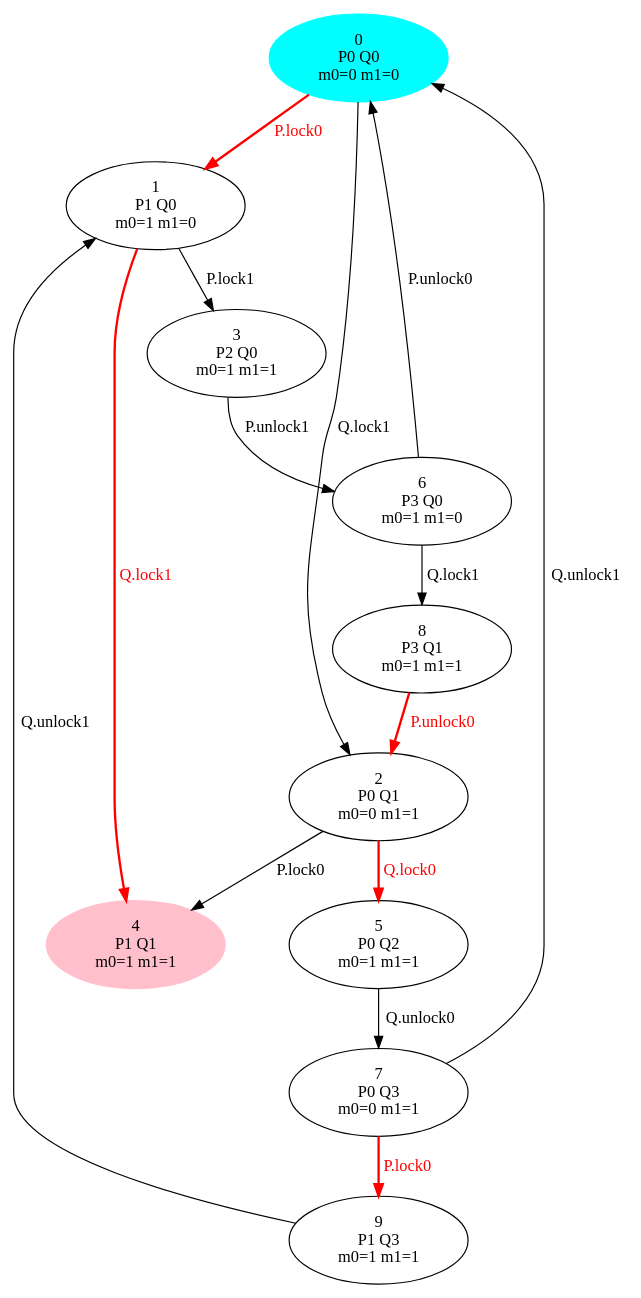
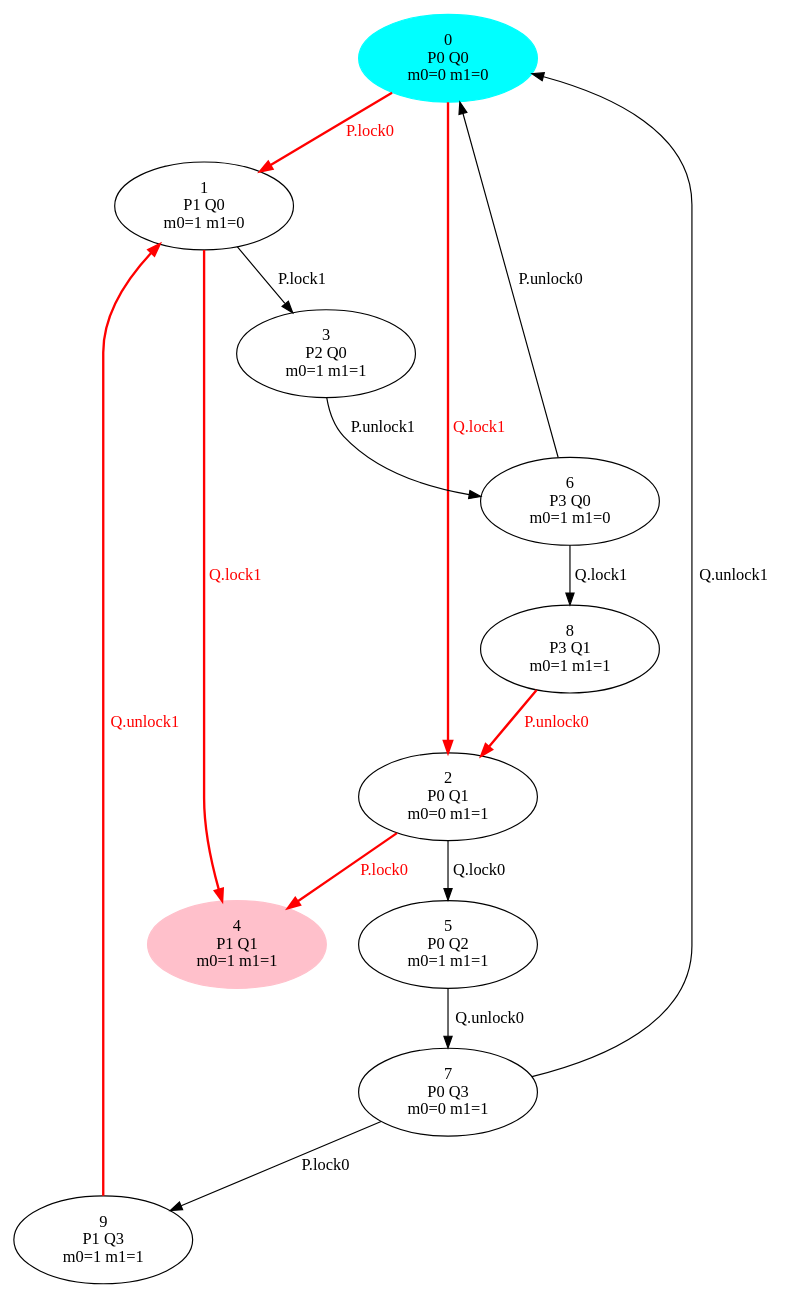
Before and after one commit to 4ge32/rddsv: the diagram in ref/m_lock.dot, drawn with Graphviz. The commit also changed 2 other files, not shown here.

```diff
--- a/ref/m_lock.dot
+++ b/ref/m_lock.dot
@@ -1,26 +1,26 @@
 digraph {
 0 [label="0\nP0 Q0 \nm0=0 m1=0"color=cyan, style=filled];
 1 [label="1\nP1 Q0 \nm0=1 m1=0"];
 2 [label="2\nP0 Q1 \nm0=0 m1=1"];
 3 [label="3\nP2 Q0 \nm0=1 m1=1"];
 4 [label="4\nP1 Q1 \nm0=1 m1=1"color=pink, style=filled];
 5 [label="5\nP0 Q2 \nm0=1 m1=1"];
 6 [label="6\nP3 Q0 \nm0=1 m1=0"];
 7 [label="7\nP0 Q3 \nm0=0 m1=1"];
 8 [label="8\nP3 Q1 \nm0=1 m1=1"];
 9 [label="9\nP1 Q3 \nm0=1 m1=1"];
 0 -> 1 [label="P.lock0"color=red,fontcolor=red,weight=2,penwidth=2];
+0 -> 2 [label="Q.lock1"color=red,fontcolor=red,weight=2,penwidth=2];
+1 -> 3 [label="P.lock1"];
+1 -> 4 [label="Q.lock1"color=red,fontcolor=red,weight=2,penwidth=2];
+2 -> 4 [label="P.lock0"color=red,fontcolor=red,weight=2,penwidth=2];
+2 -> 5 [label="Q.lock0"];
+3 -> 6 [label="P.unlock1"];
+5 -> 7 [label="Q.unlock0"];
 6 -> 0 [label="P.unlock0"];
 6 -> 8 [label="Q.lock1"];
-0 -> 2 [label="Q.lock1"];
-1 -> 3 [label="P.lock1"];
-1 -> 4 [label="Q.lock1"color=red,fontcolor=red,weight=2,penwidth=2];
+7 -> 9 [label="P.lock0"];
+7 -> 0 [label="Q.unlock1"];
 8 -> 2 [label="P.unlock0"color=red,fontcolor=red,weight=2,penwidth=2];
-7 -> 9 [label="P.lock0"color=red,fontcolor=red,weight=2,penwidth=2];
-3 -> 6 [label="P.unlock1"];
-5 -> 7 [label="Q.unlock0"];
-7 -> 0 [label="Q.unlock1"];
-9 -> 1 [label="Q.unlock1"];
-2 -> 4 [label="P.lock0"];
-2 -> 5 [label="Q.lock0"color=red,fontcolor=red,weight=2,penwidth=2];
+9 -> 1 [label="Q.unlock1"color=red,fontcolor=red,weight=2,penwidth=2];
 }
```
